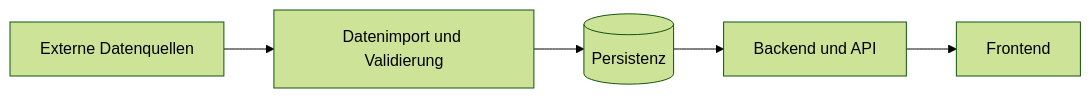
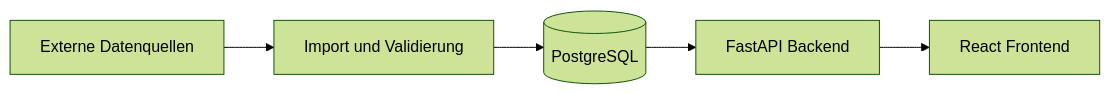
One commit to xerbooo-ops/performance-cockpit changed the diagram in docs/architecture.md. Above: the diagram before and after it, drawn with Mermaid (forest theme). The commit also changed other lines of this file and 47 other files, not shown here.

````diff
--- a/docs/architecture.md
+++ b/docs/architecture.md
@@ -17,7 +17,7 @@
 ```mermaid
 flowchart LR
-    S[Externe Datenquellen] --> P[Datenimport und Validierung]
-    P --> D[(Persistenz)]
-    D --> B[Backend und API]
-    B --> F[Frontend]
+    S[Externe Datenquellen] --> P[Import und Validierung]
+    P --> D[(PostgreSQL)]
+    D --> B[FastAPI Backend]
+    B --> F[React Frontend]
 ```
````
